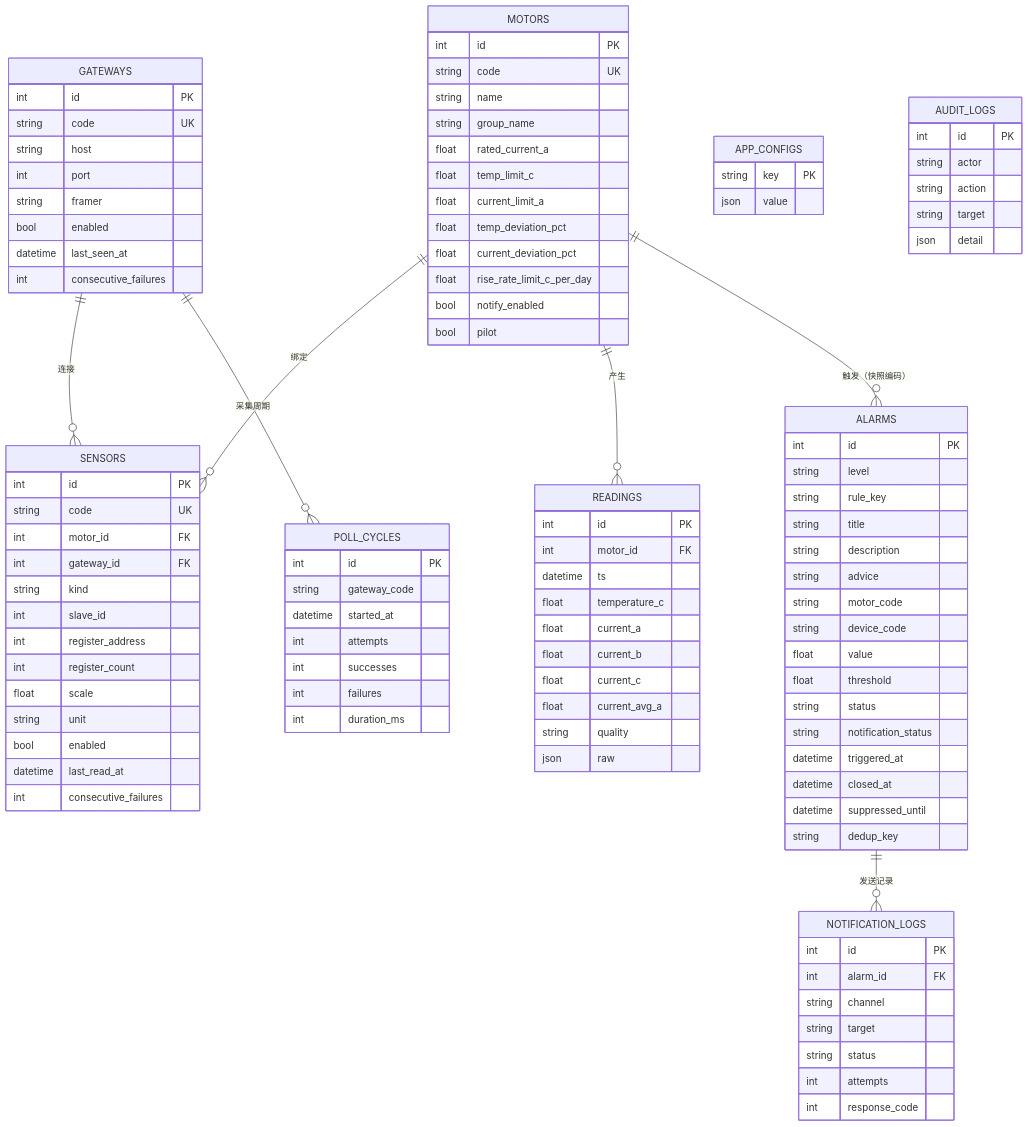
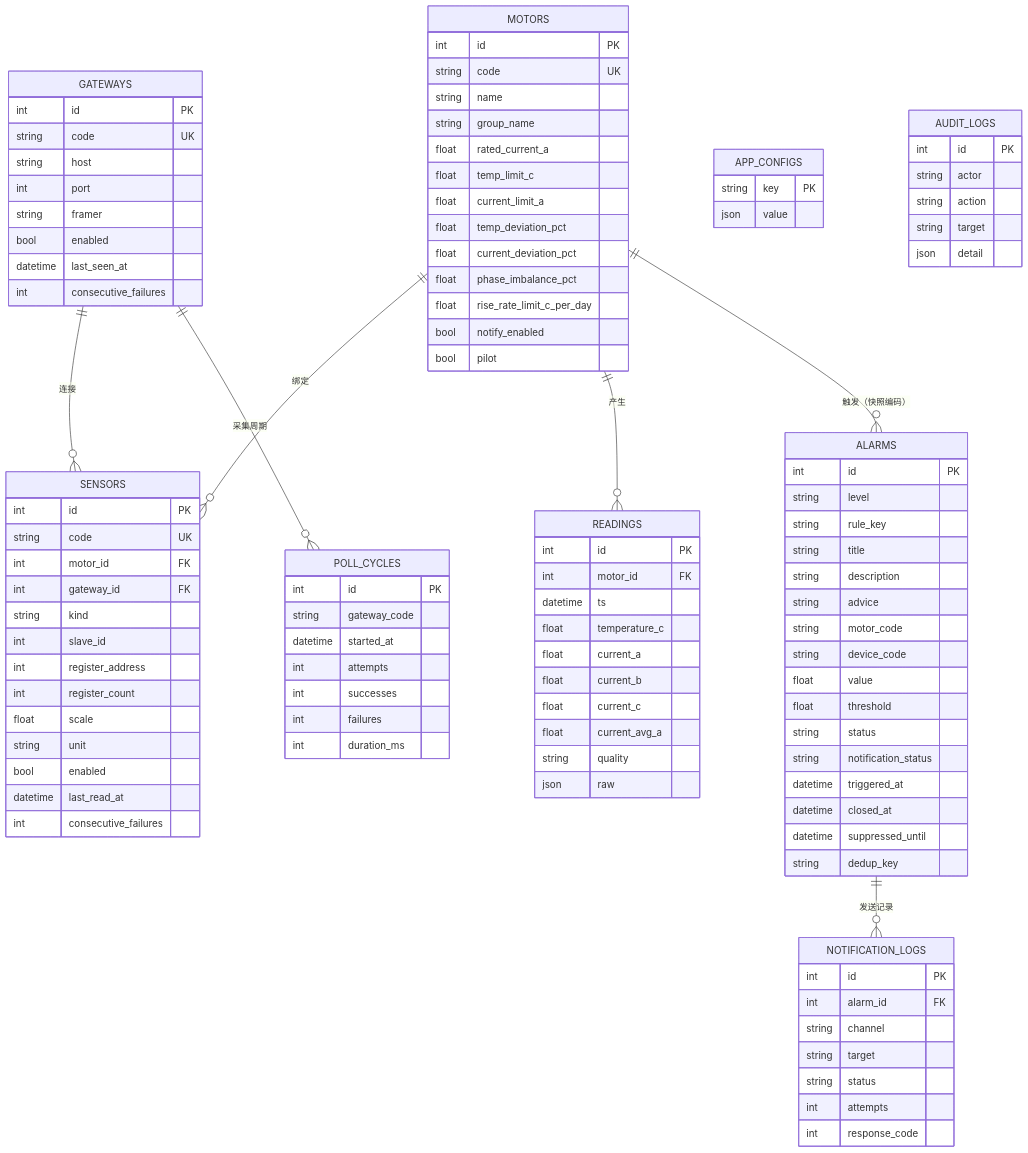
Before and after one commit to fuqin123/motor_testing_system: the second of 2 diagrams in docs/02-整体框架设计.md, drawn with Mermaid. The commit also changed other lines of this file and 7 other files, not shown here.

```diff
--- a/docs/02-整体框架设计.md
+++ b/docs/02-整体框架设计.md
@@ -109,6 +109,7 @@
         float current_limit_a
         float temp_deviation_pct
         float current_deviation_pct
+        float phase_imbalance_pct
         float rise_rate_limit_c_per_day
         bool notify_enabled
         bool pilot
```
